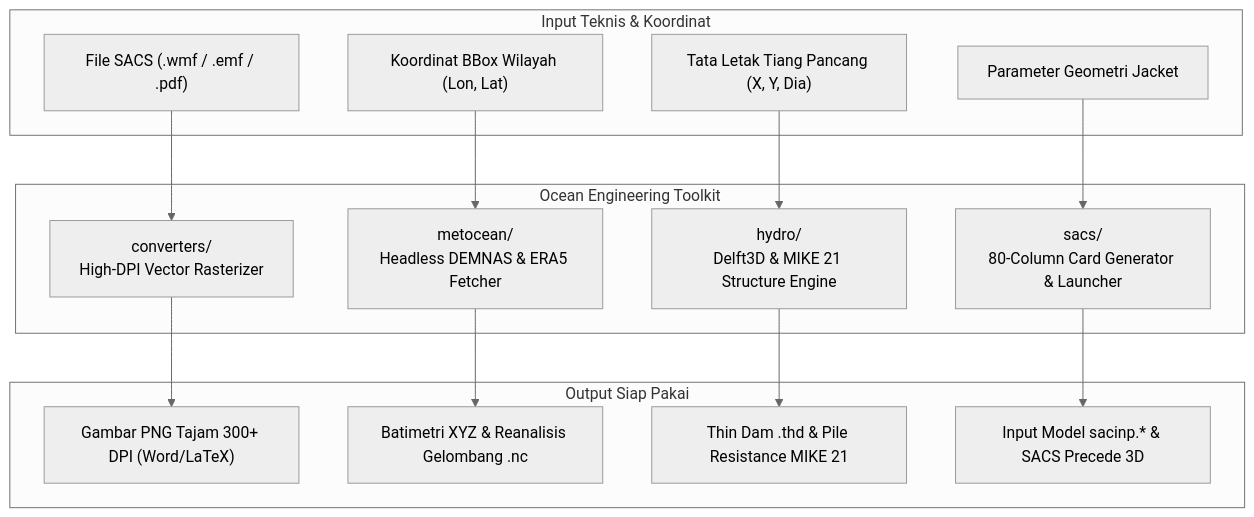
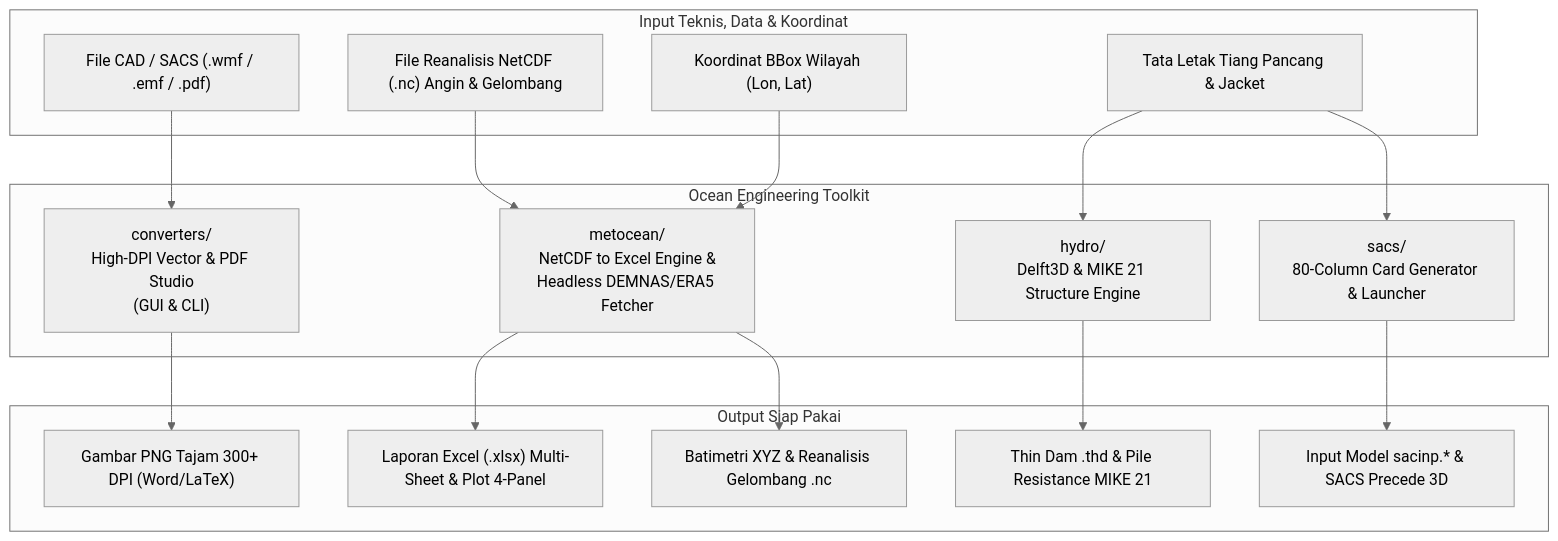
Before and after one commit to Asikraam/ocean-engineering-toolkit: the diagram in README.md, drawn with Mermaid (neutral theme). The commit also changed other lines of this file and 10 other files, not shown here.

Commit message:
feat: integrate high-DPI desktop converters and metocean netcdf-to-excel suite

````diff
--- a/README.md
+++ b/README.md
@@ -17,28 +17,30 @@
 ```mermaid
 flowchart TD
-    subgraph INPUT ["Input Teknis & Koordinat"]
-        A["File SACS (.wmf / .emf / .pdf)"]
-        B["Koordinat BBox Wilayah (Lon, Lat)"]
-        C["Tata Letak Tiang Pancang (X, Y, Dia)"]
-        D["Parameter Geometri Jacket"]
+    subgraph INPUT ["Input Teknis, Data & Koordinat"]
+        A["File CAD / SACS (.wmf / .emf / .pdf)"]
+        B["File Reanalisis NetCDF (.nc) Angin & Gelombang"]
+        C["Koordinat BBox Wilayah (Lon, Lat)"]
+        D["Tata Letak Tiang Pancang & Jacket"]
     end
 
     subgraph TOOLKIT ["Ocean Engineering Toolkit"]
-        M1["converters/<br>High-DPI Vector Rasterizer"]
-        M2["metocean/<br>Headless DEMNAS & ERA5 Fetcher"]
+        M1["converters/<br>High-DPI Vector & PDF Studio<br>(GUI & CLI)"]
+        M2["metocean/<br>NetCDF to Excel Engine &<br>Headless DEMNAS/ERA5 Fetcher"]
         M3["hydro/<br>Delft3D & MIKE 21 Structure Engine"]
         M4["sacs/<br>80-Column Card Generator & Launcher"]
     end
 
     subgraph OUTPUT ["Output Siap Pakai"]
         O1["Gambar PNG Tajam 300+ DPI (Word/LaTeX)"]
-        O2["Batimetri XYZ & Reanalisis Gelombang .nc"]
-        O3["Thin Dam .thd & Pile Resistance MIKE 21"]
-        O4["Input Model sacinp.* & SACS Precede 3D"]
+        O2["Laporan Excel (.xlsx) Multi-Sheet & Plot 4-Panel"]
+        O3["Batimetri XYZ & Reanalisis Gelombang .nc"]
+        O4["Thin Dam .thd & Pile Resistance MIKE 21"]
+        O5["Input Model sacinp.* & SACS Precede 3D"]
     end
 
     A --> M1 --> O1
     B --> M2 --> O2
-    C --> M3 --> O3
-    D --> M4 --> O4
+    C --> M2 --> O3
+    D --> M3 --> O4
+    D --> M4 --> O5
 ```
````
